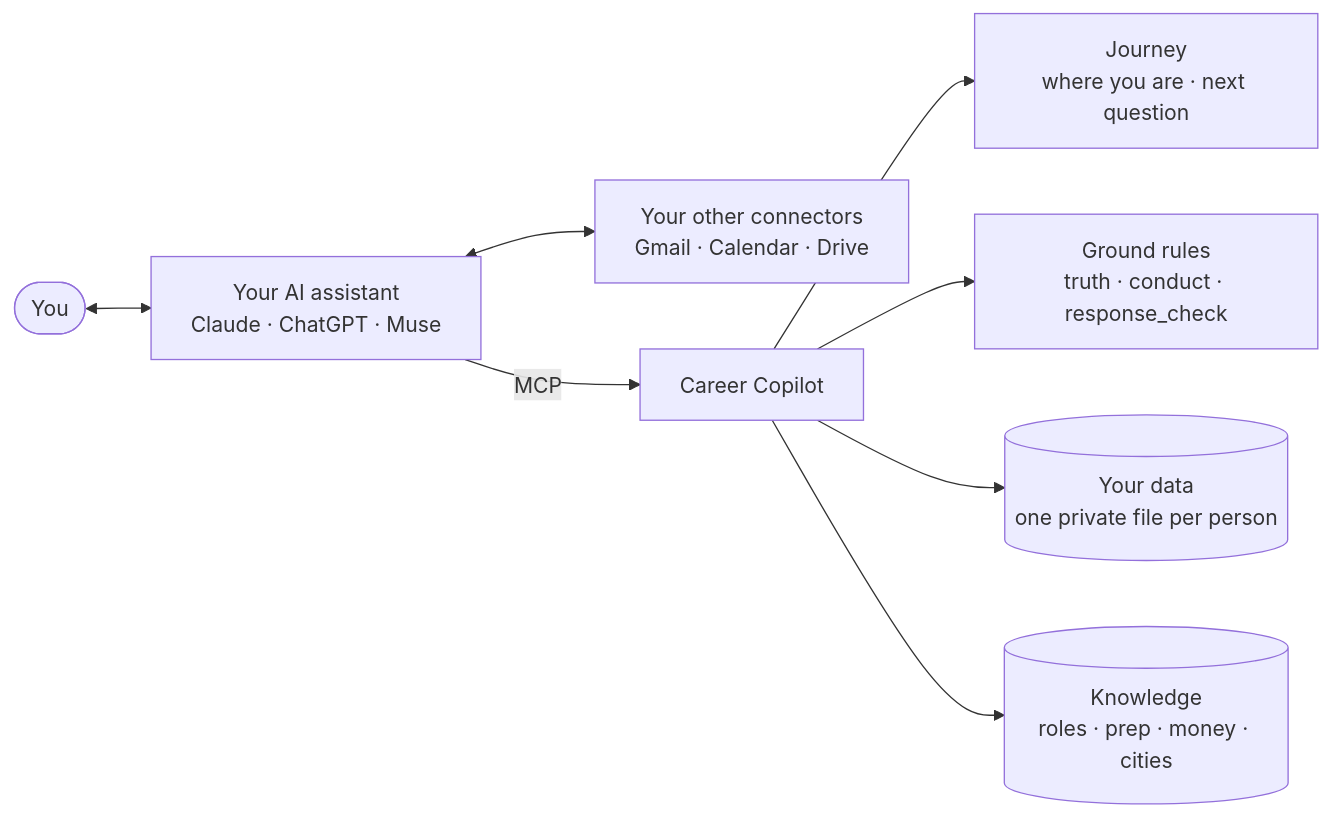
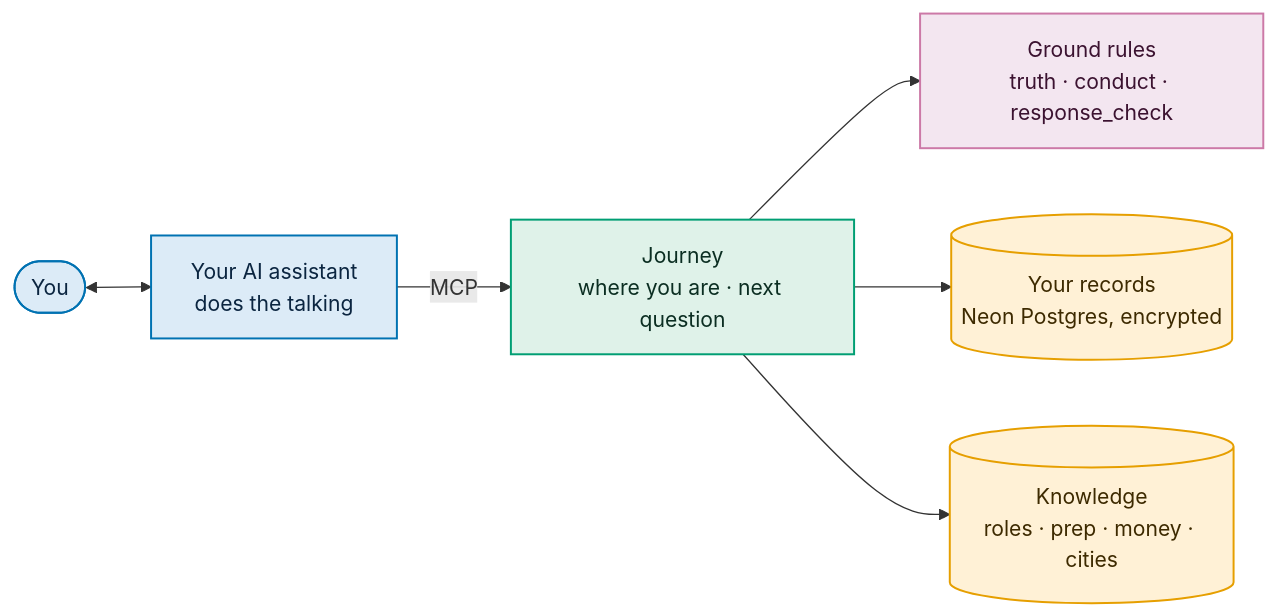
One commit to TusharSamantaray/career-copilot-mcp changed the third of 3 diagrams in README.md. Above: the diagram before and after it, drawn with Mermaid. The commit also changed other lines of this file and 10 other files, not shown here.

First line of the commit message:
docs: engineering notes, current architecture, coloured diagrams

````diff
--- a/README.md
+++ b/README.md
@@ -171,10 +203,20 @@
 ```mermaid
 flowchart LR
-  you(["You"]) <--> ai["Your AI assistant<br/>Claude · ChatGPT · Muse"]
-  ai <--> others["Your other connectors<br/>Gmail · Calendar · Drive"]
-  ai -- "MCP" --> cc["Career Copilot"]
-  cc --> journey["Journey<br/>where you are · next question"]
-  cc --> rules["Ground rules<br/>truth · conduct · response_check"]
-  cc --> mem[("Your data<br/>one private file per person")]
-  cc --> kb[("Knowledge<br/>roles · prep · money · cities")]
+  classDef person fill:#DCEBF7,stroke:#0072B2,color:#0B2540,stroke-width:1.5px
+  classDef copilot fill:#DFF2E9,stroke:#009E73,color:#0B2E22,stroke-width:1.5px
+  classDef store fill:#FFF1D6,stroke:#E69F00,color:#3D2A00,stroke-width:1.5px
+  classDef guard fill:#F3E6F0,stroke:#CC79A7,color:#3B1230,stroke-width:1.5px
+
+  you(["You"]):::person
+  ai["Your AI assistant<br/>does the talking"]:::person
+  journey["Journey<br/>where you are · next question"]:::copilot
+  rules["Ground rules<br/>truth · conduct · response_check"]:::guard
+  mem[("Your records<br/>Neon Postgres, encrypted")]:::store
+  kb[("Knowledge<br/>roles · prep · money · cities")]:::store
+
+  you <--> ai
+  ai -- "MCP" --> journey
+  journey --> rules
+  journey --> mem
+  journey --> kb
 ```
````
